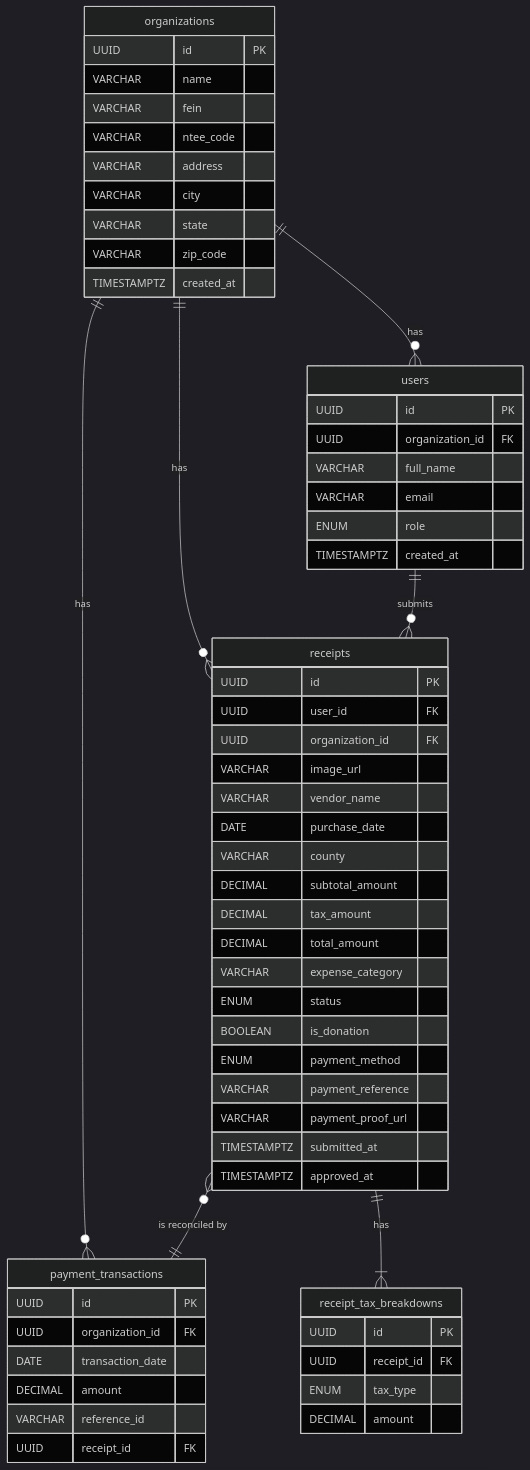
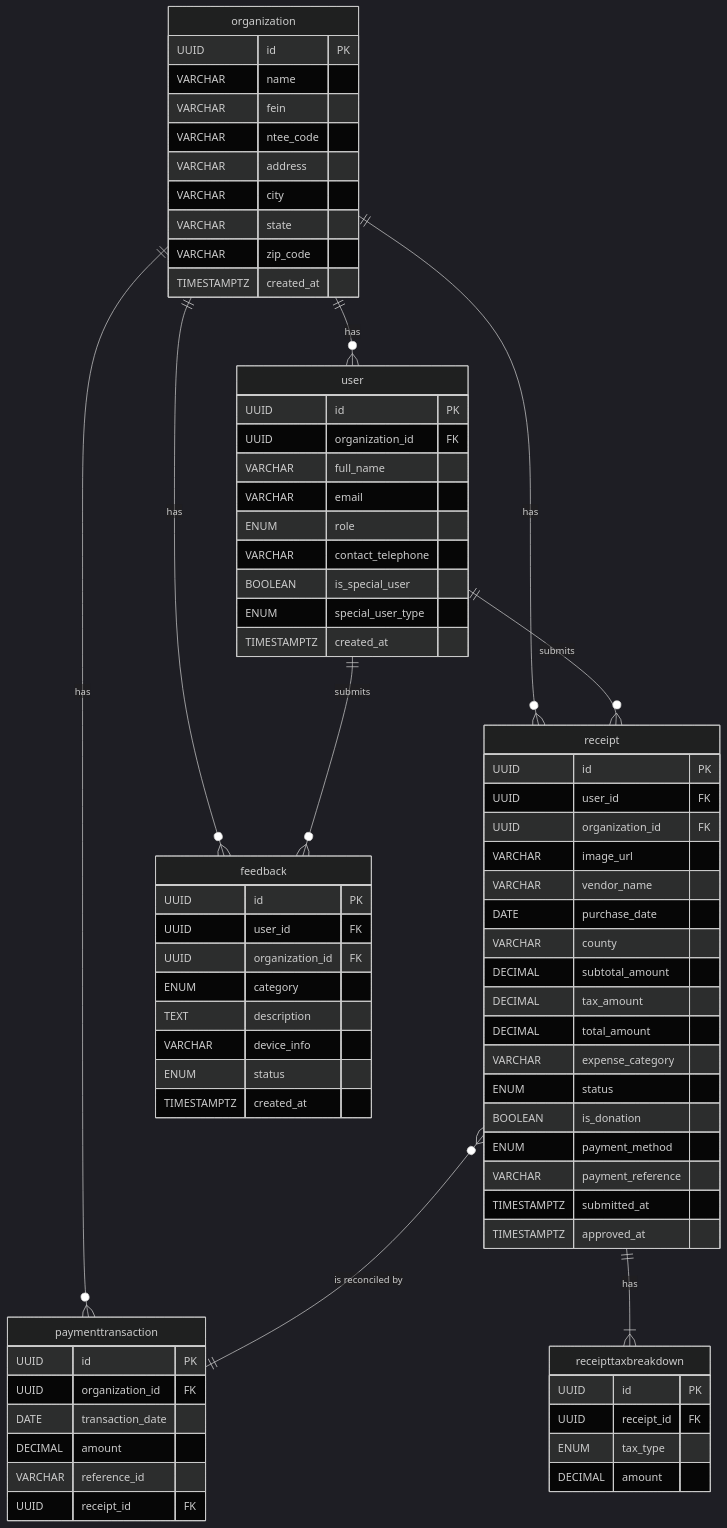
Before and after one commit to daniel-m7/GoodStewards: the fifth of 5 diagrams in docs/technical/tech_design_spec.md, drawn with Mermaid (dark theme). The commit also changed other lines of this file and 97 other files, not shown here.

````diff
--- a/docs/technical/tech_design_spec.md
+++ b/docs/technical/tech_design_spec.md
@@ -400,6 +419,6 @@
 ```mermaid
 erDiagram
-    organizations {
+    organization {
         UUID id PK
         VARCHAR name
         VARCHAR fein
@@ -411,16 +430,19 @@
         TIMESTAMPTZ created_at
     }
 
-    users {
+    user {
         UUID id PK
         UUID organization_id FK
         VARCHAR full_name
         VARCHAR email
         ENUM role
+        VARCHAR contact_telephone
+        BOOLEAN is_special_user
+        ENUM special_user_type
         TIMESTAMPTZ created_at
     }
 
-    receipts {
+    receipt {
         UUID id PK
         UUID user_id FK
         UUID organization_id FK
@@ -436,12 +458,11 @@
         BOOLEAN is_donation
         ENUM payment_method
         VARCHAR payment_reference
-        VARCHAR payment_proof_url
         TIMESTAMPTZ submitted_at
         TIMESTAMPTZ approved_at
     }
 
-    payment_transactions {
+    paymenttransaction {
         UUID id PK
         UUID organization_id FK
         DATE transaction_date
@@ -450,20 +471,33 @@
         UUID receipt_id FK
     }
 
-    receipt_tax_breakdowns {
+    receipttaxbreakdown {
         UUID id PK
         UUID receipt_id FK
         ENUM tax_type
         DECIMAL amount
     }
 
-    organizations ||--o{ users : "has"
-    organizations ||--o{ receipts : "has"
-    organizations ||--o{ payment_transactions : "has"
+    feedback {
+        UUID id PK
+        UUID user_id FK
+        UUID organization_id FK
+        ENUM category
+        TEXT description
+        VARCHAR device_info
+        ENUM status
+        TIMESTAMPTZ created_at
+    }
 
-    users ||--o{ receipts : "submits"
+    organization ||--o{ user : "has"
+    organization ||--o{ receipt : "has"
+    organization ||--o{ paymenttransaction : "has"
+    organization ||--o{ feedback : "has"
 
-    receipts }o--|| payment_transactions : "is reconciled by"
-    receipts ||--|{ receipt_tax_breakdowns : "has"
+    user ||--o{ receipt : "submits"
+    user ||--o{ feedback : "submits"
+
+    receipt }o--|| paymenttransaction : "is reconciled by"
+    receipt ||--|{ receipttaxbreakdown : "has"
 
 ```
````
